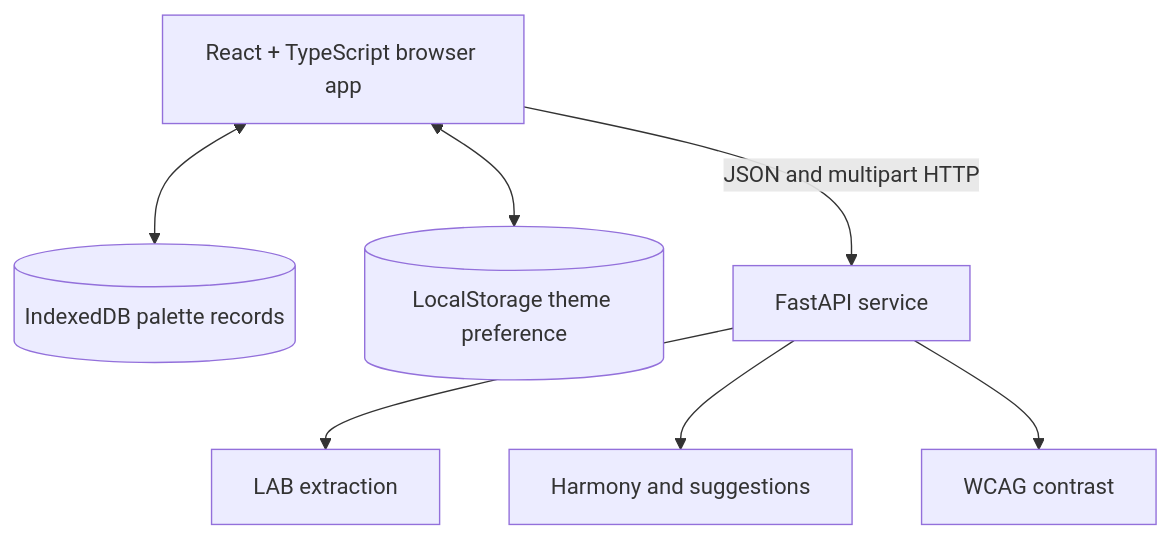
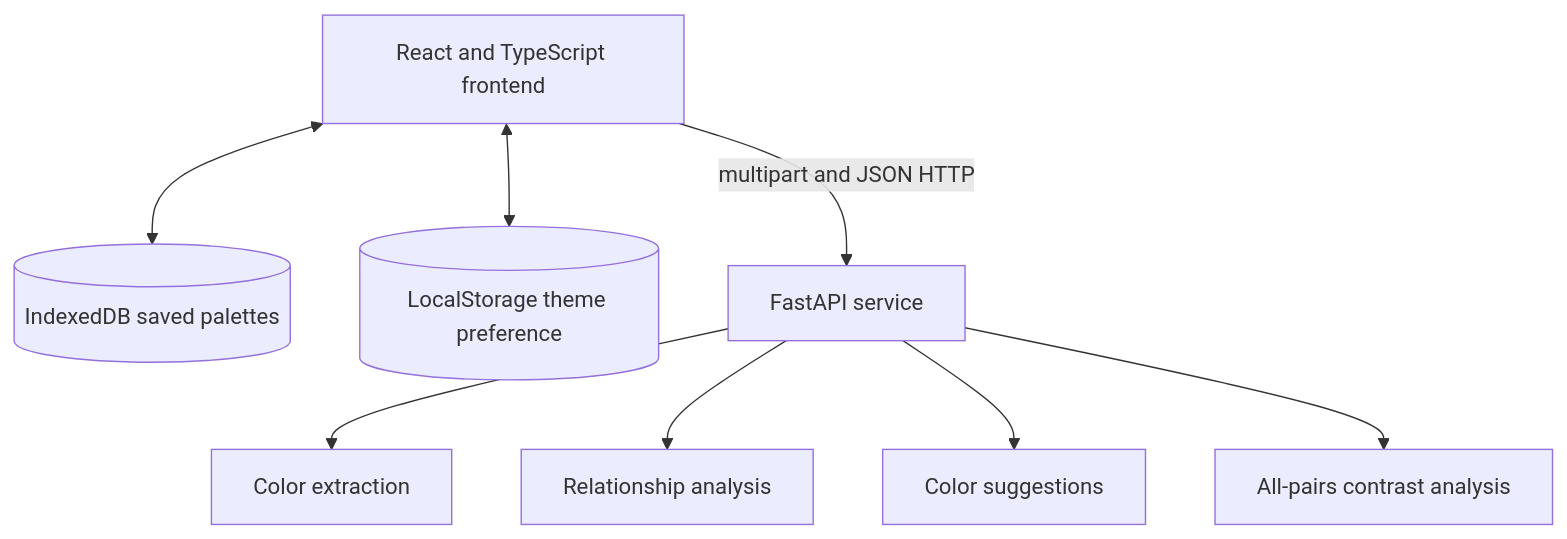
One commit to Artsen/ColorCraft changed the first of 2 diagrams in docs/architecture.md. Above: the diagram before and after it, drawn with Mermaid. The commit also changed other lines of this file and 15 other files, not shown here.

````diff
--- a/docs/architecture.md
+++ b/docs/architecture.md
@@ -3,16 +5,19 @@
 ```mermaid
 flowchart TD
-    Browser[React + TypeScript browser app]
-    IDB[(IndexedDB palette records)]
+    Browser[React and TypeScript frontend]
+    IDB[(IndexedDB saved palettes)]
     LS[(LocalStorage theme preference)]
     API[FastAPI service]
-    Extract[LAB extraction]
-    Theory[Harmony and suggestions]
-    Contrast[WCAG contrast]
+    Extract[Color extraction]
+    Theory[Relationship analysis]
+    Suggest[Color suggestions]
+    Access[All-pairs contrast analysis]
+
     Browser <--> IDB
     Browser <--> LS
-    Browser -->|JSON and multipart HTTP| API
+    Browser -->|multipart and JSON HTTP| API
     API --> Extract
     API --> Theory
-    API --> Contrast
+    API --> Suggest
+    API --> Access
 ```
````
